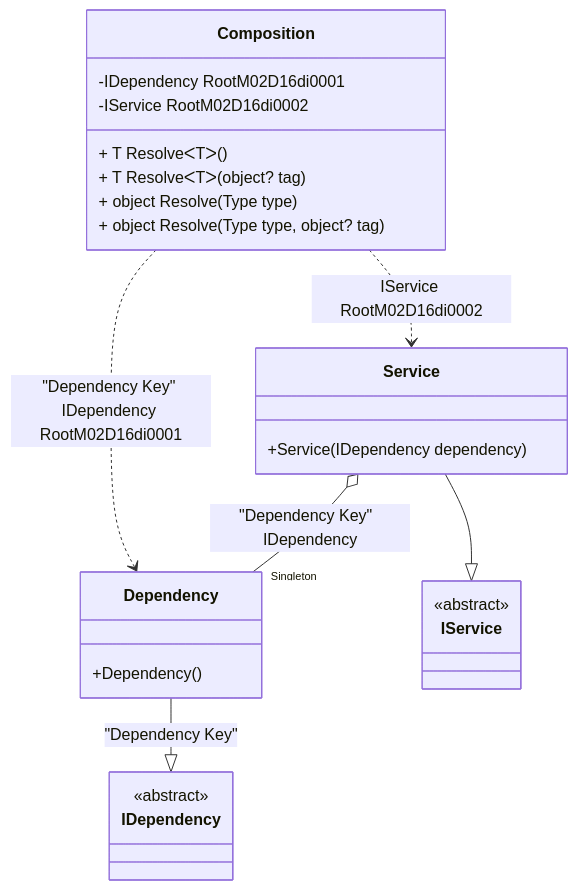
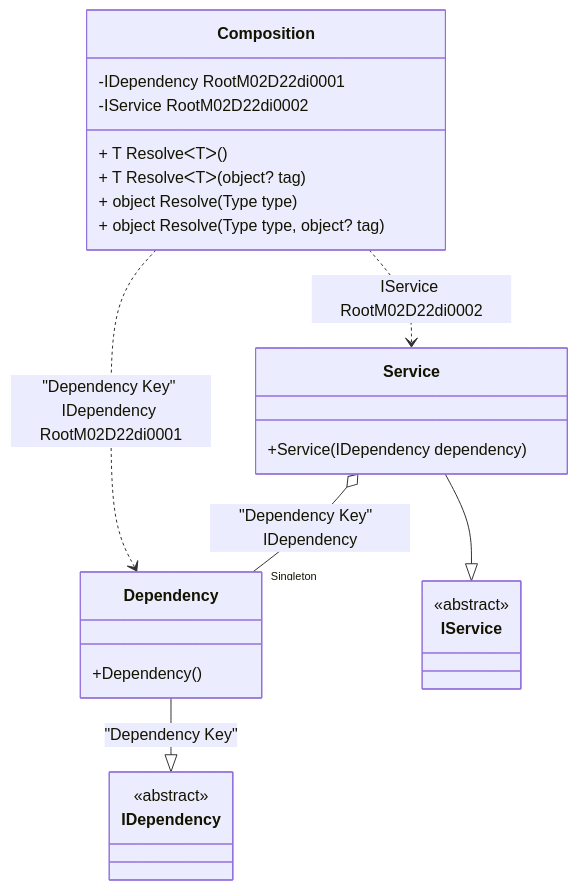
One commit to DevTeam/Pure.DI changed the diagram in readme/service-collection.md. Above: the diagram before and after it, drawn with Mermaid. The commit also changed other lines of this file and 83 other files, not shown here.

````diff
--- a/readme/service-collection.md
+++ b/readme/service-collection.md
@@ -47,28 +47,28 @@
 ```mermaid
 classDiagram
   class Composition {
-    -IDependency RootM02D16di0001
-    -IService RootM02D16di0002
+    -IDependency RootM02D22di0001
+    -IService RootM02D22di0002
     + T ResolveᐸTᐳ()
     + T ResolveᐸTᐳ(object? tag)
     + object Resolve(Type type)
     + object Resolve(Type type, object? tag)
   }
   Dependency --|> IDependency : "Dependency Key" 
   class Dependency {
     +Dependency()
   }
   Service --|> IService : 
   class Service {
     +Service(IDependency dependency)
   }
   class IDependency {
     <<abstract>>
   }
   class IService {
     <<abstract>>
   }
   Service o--  "Singleton" Dependency : "Dependency Key"  IDependency
-  Composition ..> Dependency : "Dependency Key" IDependency RootM02D16di0001
-  Composition ..> Service : IService RootM02D16di0002
+  Composition ..> Dependency : "Dependency Key" IDependency RootM02D22di0001
+  Composition ..> Service : IService RootM02D22di0002
 ```
````
